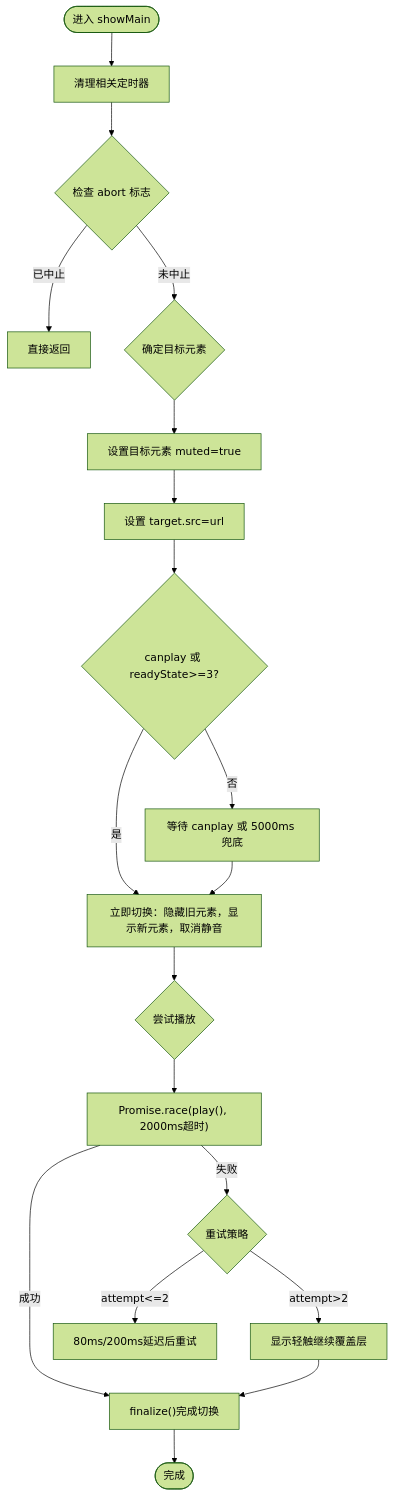
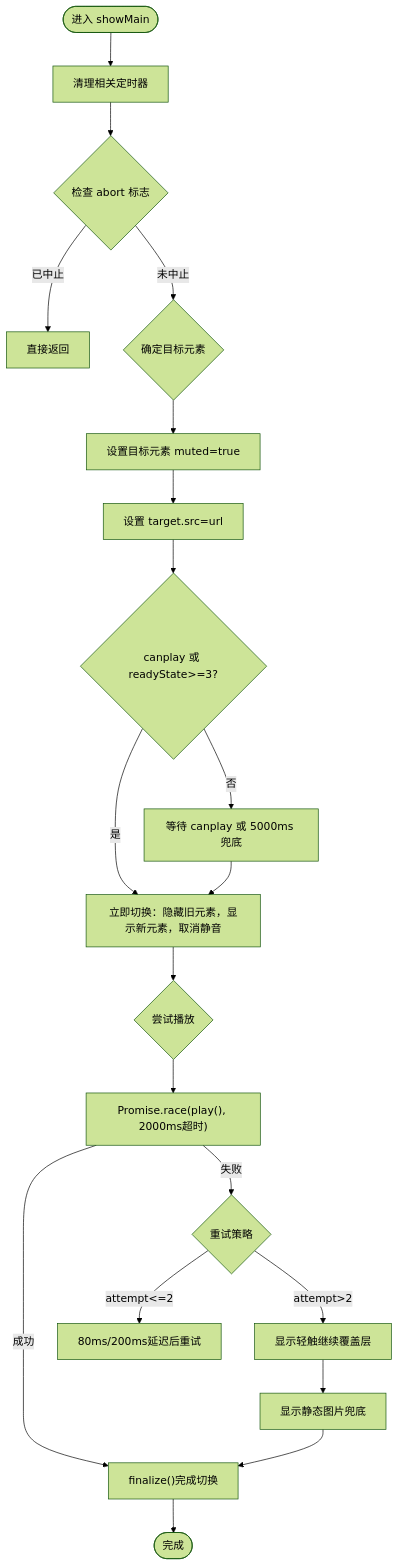
Before and after one commit to leo21cn/real-time-talk: the third of 6 diagrams in .qoder/repowiki/zh/content/前端应用/虚拟形象系统.md, drawn with Mermaid (forest theme). The commit also changed other lines of this file and 3 other files, not shown here.

````diff
--- a/.qoder/repowiki/zh/content/前端应用/虚拟形象系统.md
+++ b/.qoder/repowiki/zh/content/前端应用/虚拟形象系统.md
@@ -208,21 +204,22 @@
 ```mermaid
 flowchart TD
 Start(["进入 showMain"]) --> ClearTimers["清理相关定时器"]
 ClearTimers --> CheckAbort{"检查 abort 标志"}
 CheckAbort --> |已中止| Return["直接返回"]
 CheckAbort --> |未中止| DecideTarget{"确定目标元素"}
 DecideTarget --> SetMuted["设置目标元素 muted=true"]
 SetMuted --> LoadSrc["设置 target.src=url"]
 LoadSrc --> CanPlay{"canplay 或 readyState>=3?"}
 CanPlay --> |是| Switch["立即切换：隐藏旧元素，显示新元素，取消静音"]
 CanPlay --> |否| WaitTimer["等待 canplay 或 5000ms 兜底"]
 WaitTimer --> Switch
 Switch --> PlayAttempt{"尝试播放"}
 PlayAttempt --> RacePromise["Promise.race(play(), 2000ms超时)"]
 RacePromise --> |成功| Finalize["finalize()完成切换"]
 RacePromise --> |失败| Retry{"重试策略"}
 Retry --> |attempt<=2| Delay["80ms/200ms延迟后重试"]
 Retry --> |attempt>2| ShowOverlay["显示轻触继续覆盖层"]
-ShowOverlay --> Finalize
+ShowOverlay --> StaticFallback["显示静态图片兜底"]
+StaticFallback --> Finalize
 Finalize --> End(["完成"])
 ```
````
